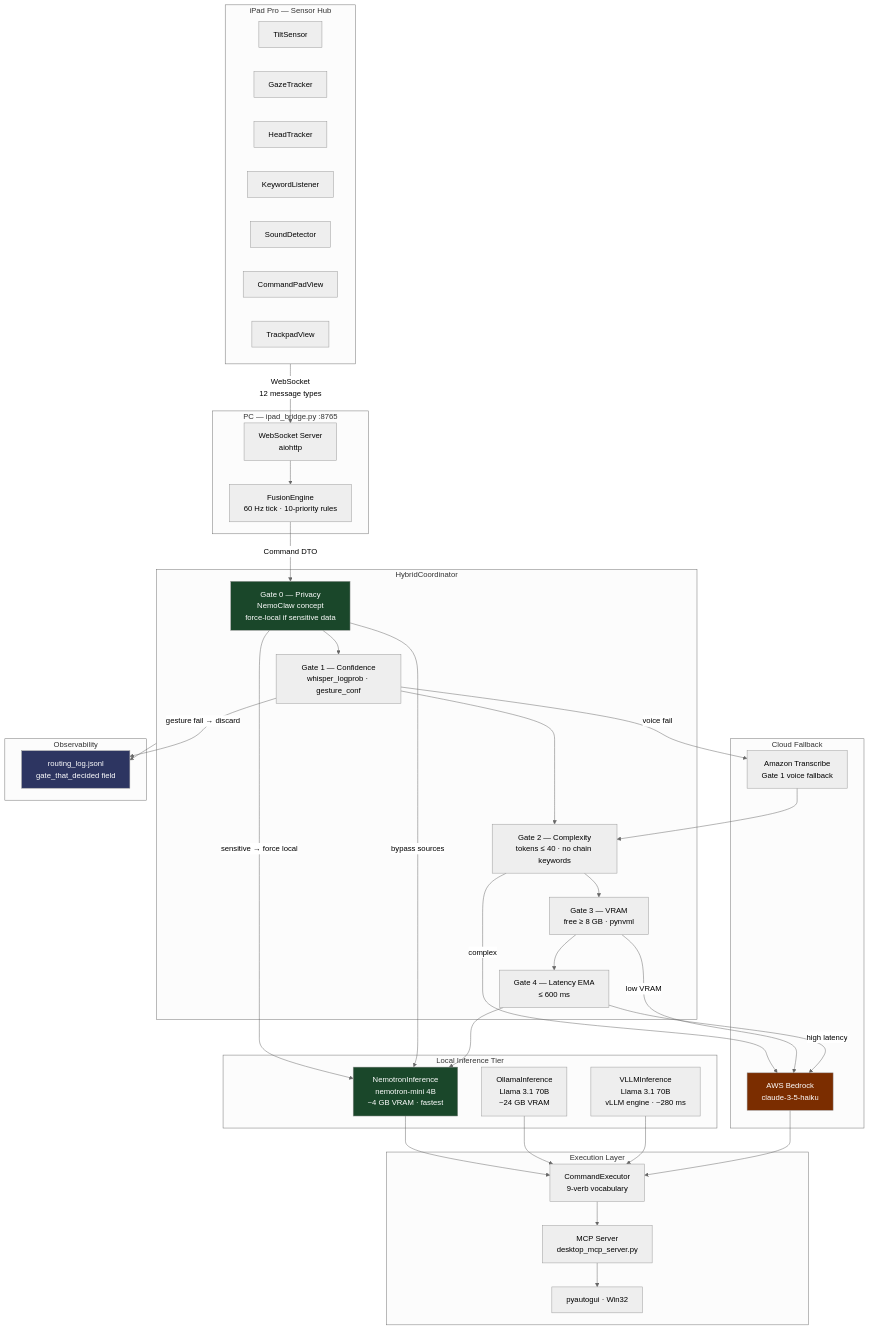
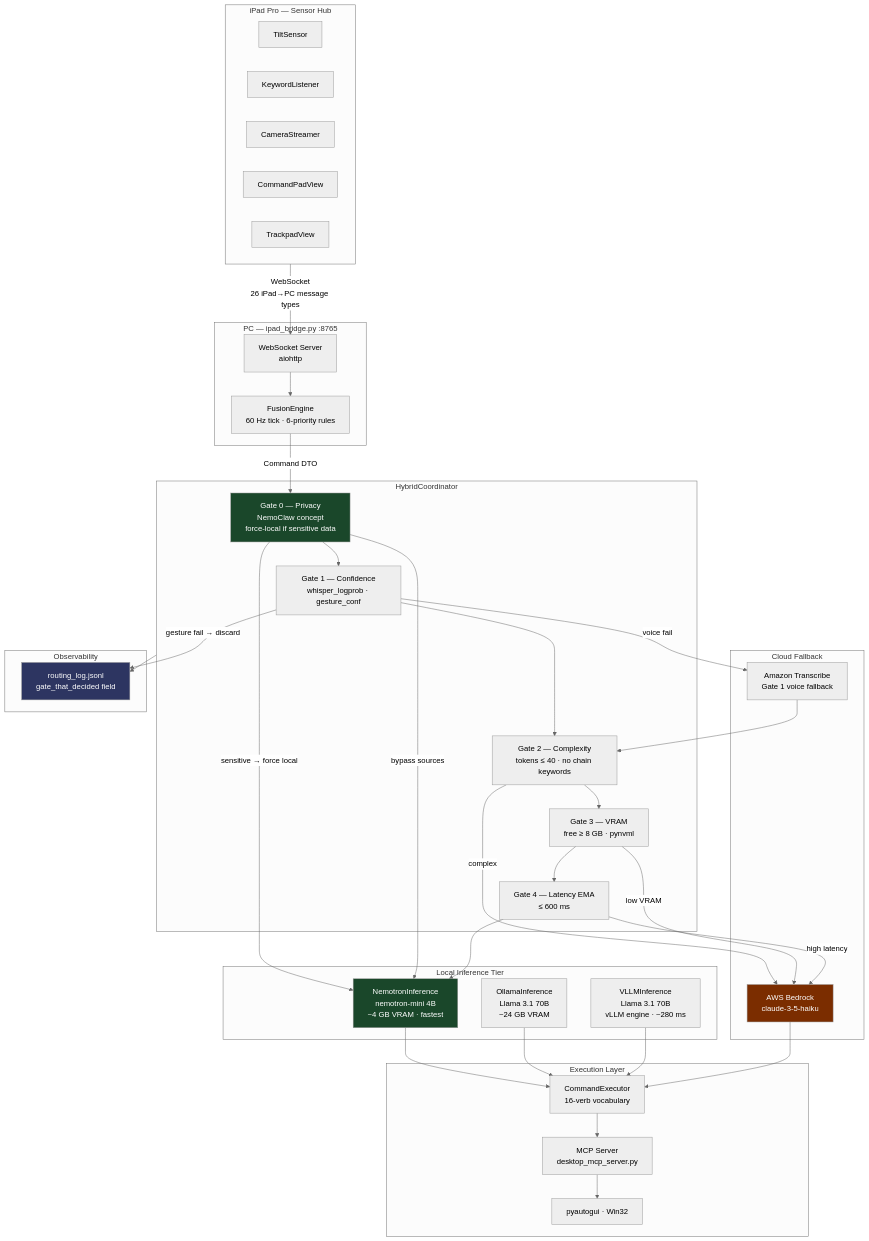
Before and after one commit to Bradly187/Personal-Desktop-Agent: the diagram in specs/ipad-sensor-focus/diagrams/10-nemoclaw-system-architecture.md, drawn with Mermaid (neutral theme). The commit also changed other lines of this file and 16 other files, not shown here.

````diff
--- a/specs/ipad-sensor-focus/diagrams/10-nemoclaw-system-architecture.md
+++ b/specs/ipad-sensor-focus/diagrams/10-nemoclaw-system-architecture.md
@@ -7,77 +14,75 @@
 ```mermaid
 graph TD
     subgraph iPad["iPad Pro — Sensor Hub"]
         TiltSensor
-        GazeTracker
-        HeadTracker
         KeywordListener
-        SoundDetector
+        CameraStreamer
         CommandPadView
         TrackpadView
     end
 
     subgraph Bridge["PC — ipad_bridge.py :8765"]
         WS["WebSocket Server\naiohttp"]
-        FE["FusionEngine\n60 Hz tick · 10-priority rules"]
+        FE["FusionEngine\n60 Hz tick · 6-priority rules"]
     end
 
     subgraph Coordinator["HybridCoordinator"]
         G0["Gate 0 — Privacy\nNemoClaw concept\nforce-local if sensitive data"]
         G1["Gate 1 — Confidence\nwhisper_logprob · gesture_conf"]
         G2["Gate 2 — Complexity\ntokens ≤ 40 · no chain keywords"]
         G3["Gate 3 — VRAM\nfree ≥ 8 GB · pynvml"]
         G4["Gate 4 — Latency EMA\n≤ 600 ms"]
     end
 
     subgraph LocalTier["Local Inference Tier"]
         NI["NemotronInference\nnemotron-mini 4B\n~4 GB VRAM · fastest"]
         OI["OllamaInference\nLlama 3.1 70B\n~24 GB VRAM"]
         VI["VLLMInference\nLlama 3.1 70B\nvLLM engine · ~280 ms"]
     end
 
     subgraph Cloud["Cloud Fallback"]
         Bedrock["AWS Bedrock\nclaude-3-5-haiku"]
         Transcribe["Amazon Transcribe\nGate 1 voice fallback"]
     end
 
     subgraph Execution["Execution Layer"]
-        CE["CommandExecutor\n9-verb vocabulary"]
+        CE["CommandExecutor\n16-verb vocabulary"]
         MCP["MCP Server\ndesktop_mcp_server.py"]
         PY["pyautogui · Win32"]
     end
 
     subgraph Log["Observability"]
         RL["routing_log.jsonl\ngate_that_decided field"]
     end
 
-    iPad -->|"WebSocket\n12 message types"| WS
+    iPad -->|"WebSocket\n26 iPad→PC message types"| WS
     WS --> FE
     FE -->|"Command DTO"| G0
     G0 -->|"sensitive → force local"| NI
     G0 -->|"bypass sources"| NI
     G0 --> G1
     G1 -->|"gesture fail → discard"| RL
     G1 -->|"voice fail"| Transcribe
     Transcribe --> G2
     G1 --> G2
     G2 -->|"complex"| Bedrock
     G2 --> G3
     G3 -->|"low VRAM"| Bedrock
     G3 --> G4
     G4 -->|"high latency"| Bedrock
     G4 --> NI
 
     NI --> CE
     OI --> CE
     VI --> CE
     Bedrock --> CE
     CE --> MCP
     MCP --> PY
 
     Coordinator --> RL
 
     style G0 fill:#1a472a,color:#fff
     style NI fill:#1a472a,color:#fff
     style RL fill:#2d3561,color:#fff
     style Bedrock fill:#7b2d00,color:#fff
 ```
````
